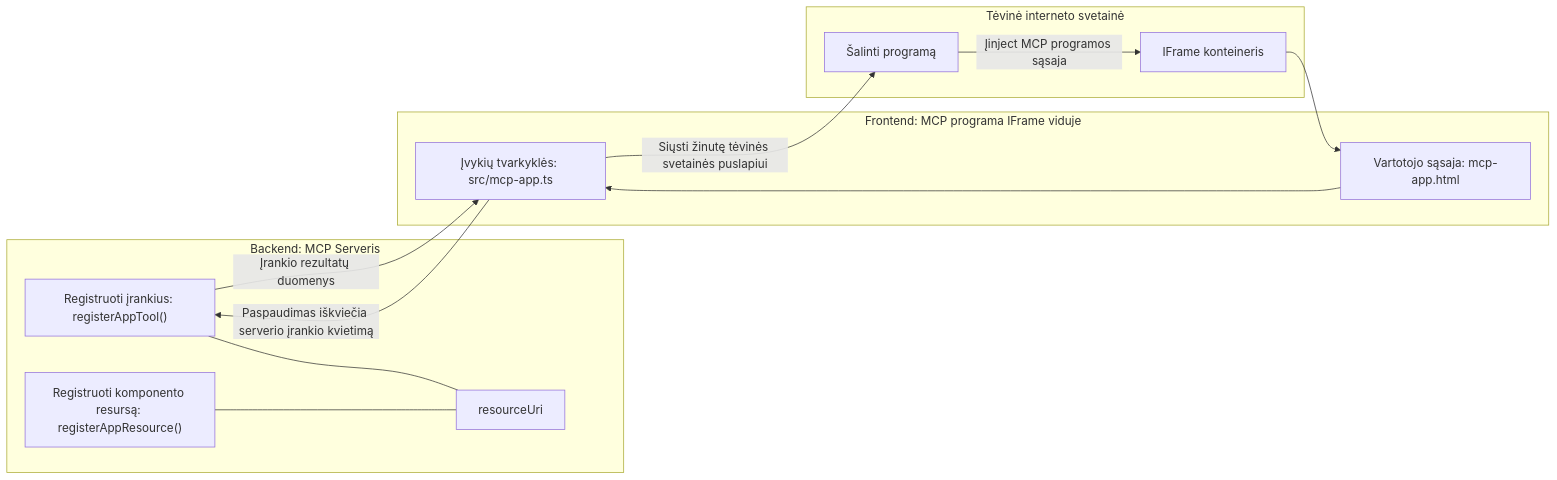
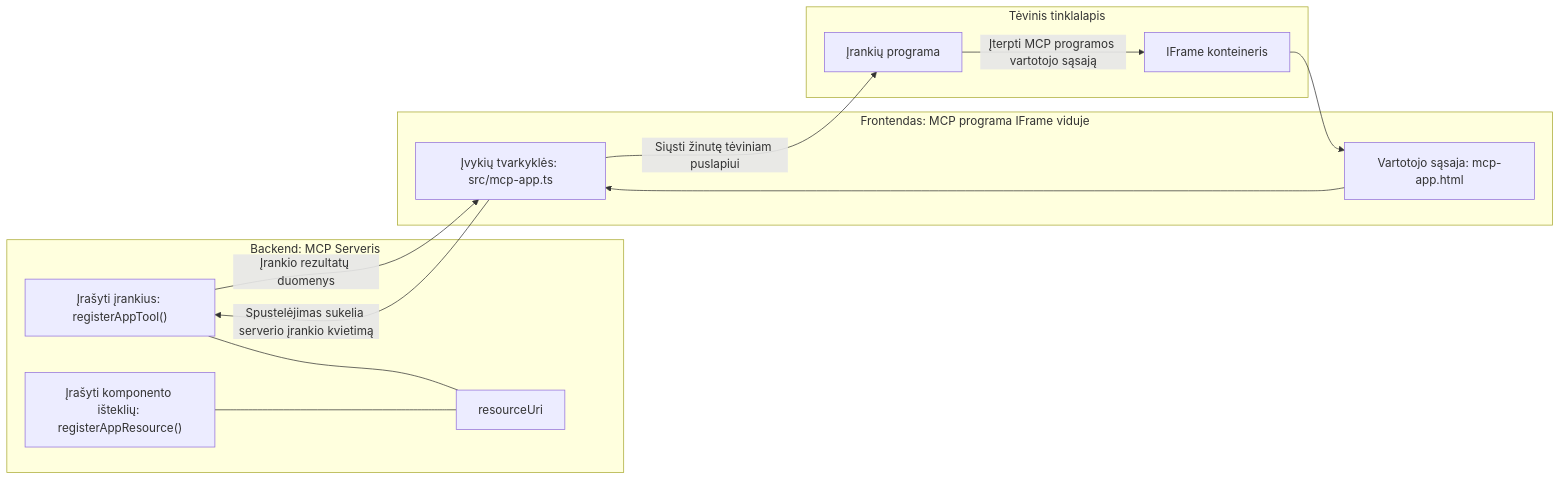
Before and after one commit to HIDORAKAI002/ai-workspace-archive: the diagram in mcp_ecosystem__model_context_protocol/mcp_learning_resources/mcp-for-beginners/translations/lt/03-GettingStarted/15-mcp-apps/README.md, drawn with Mermaid. The commit also changed other lines of this file and 1160 other files, not shown here.

````diff
--- a/mcp_ecosystem__model_context_protocol/mcp_learning_resources/mcp-for-beginners/translations/lt/03-GettingStarted/15-mcp-apps/README.md
+++ b/mcp_ecosystem__model_context_protocol/mcp_learning_resources/mcp-for-beginners/translations/lt/03-GettingStarted/15-mcp-apps/README.md
@@ -32,27 +32,27 @@
 ```mermaid
 flowchart LR
   subgraph Backend[Backend: MCP Serveris]
-    T["Registruoti įrankius: registerAppTool()"]
-    C["Registruoti komponento resursą: registerAppResource()"]
+    T["Įrašyti įrankius: registerAppTool()"]
+    C["Įrašyti komponento išteklių: registerAppResource()"]
     U[resourceUri]
     T --- U
     C --- U
   end
 
-  subgraph Parent[Tėvinė interneto svetainė]
-    H[Šalinti programą]
+  subgraph Parent[Tėvinis tinklalapis]
+    H[Įrankių programa]
     IFRAME[IFrame konteineris]
-    H -->|Įinject MCP programos sąsaja| IFRAME
+    H -->|Įterpti MCP programos vartotojo sąsają| IFRAME
   end
 
-  subgraph Frontend[Frontend: MCP programa IFrame viduje]
+  subgraph Frontend[Frontendas: MCP programa IFrame viduje]
     UI["Vartotojo sąsaja: mcp-app.html"]
     EH["Įvykių tvarkyklės: src/mcp-app.ts"]
     UI --> EH
   end
 
   IFRAME --> UI
-  EH -->|Paspaudimas iškviečia serverio įrankio kvietimą| T
+  EH -->|Spustelėjimas sukelia serverio įrankio kvietimą| T
   T -->|Įrankio rezultatų duomenys| EH
-  EH -->|Siųsti žinutę tėvinės svetainės puslapiui| H
-```  
+  EH -->|Siųsti žinutę tėviniam puslapiui| H
+```
````
